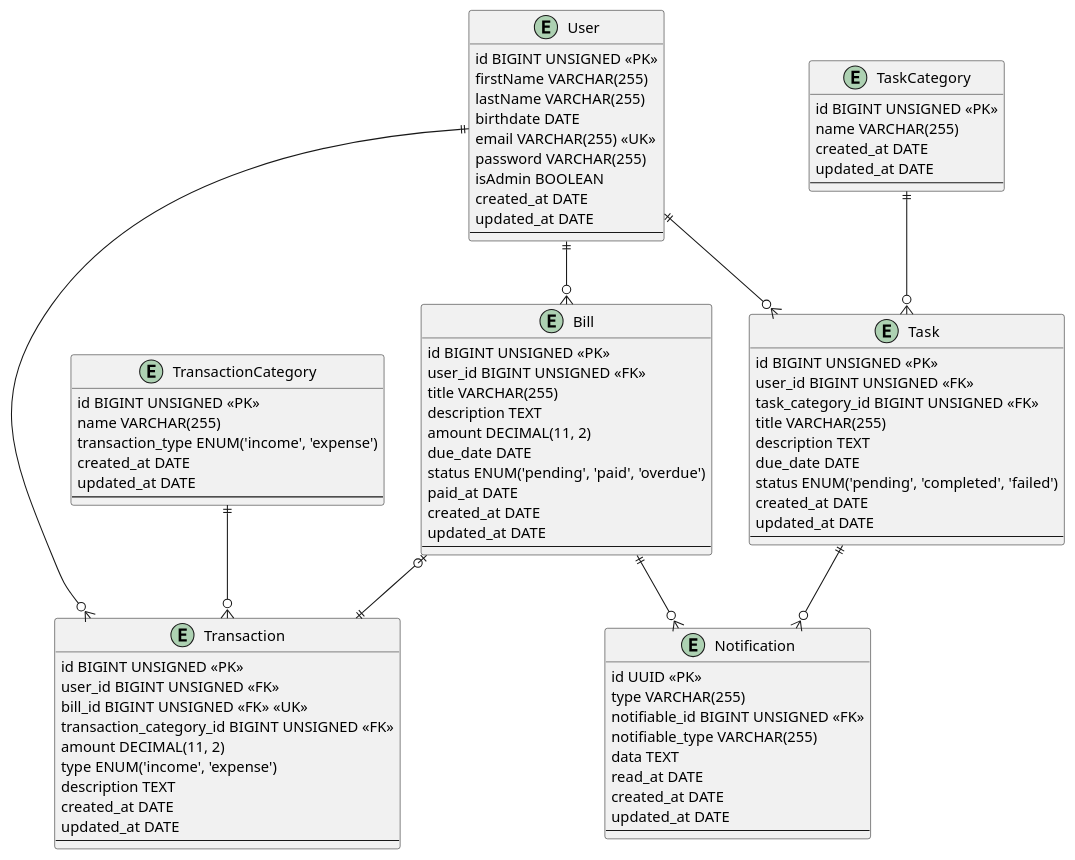
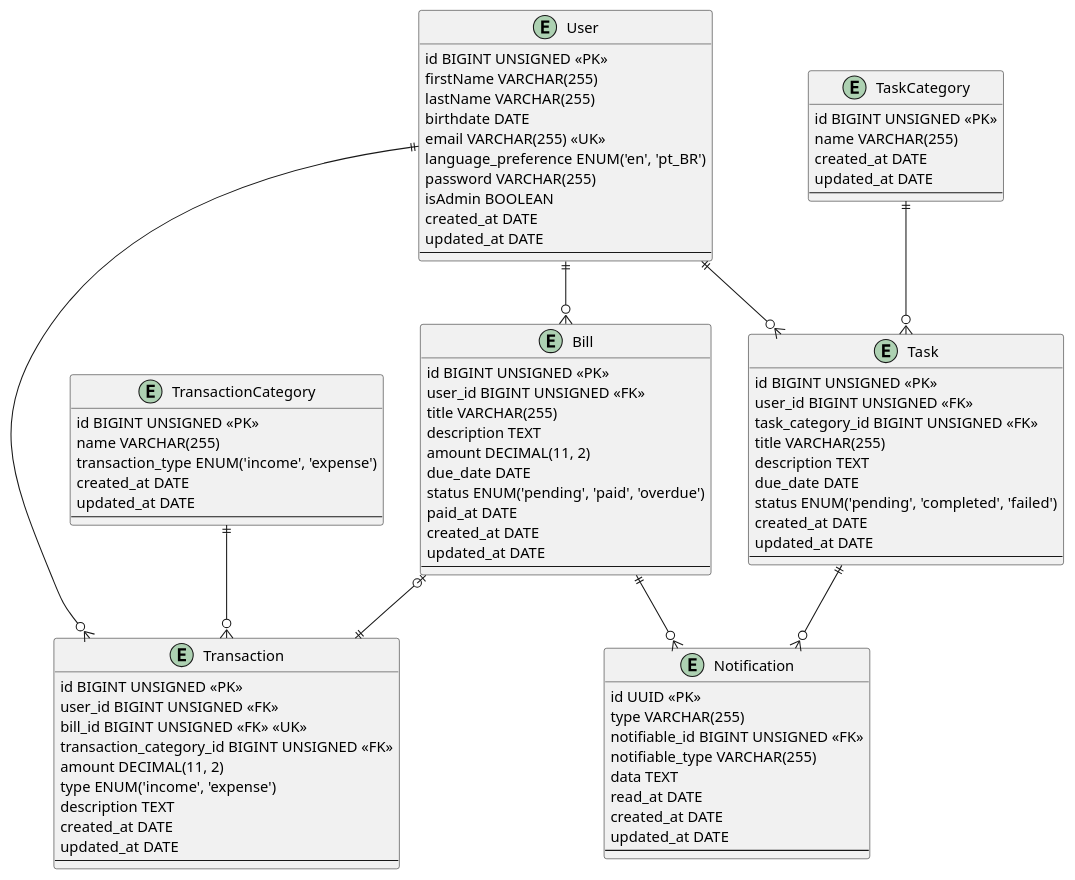
One commit to augusto-dmh/your-guardian changed the diagram in database/design/erd.plantuml. Above: the diagram before and after it, drawn with PlantUML. The commit also changed 5 other files, not shown here.

First line of the commit message:
feat: add column language_preference to users

```diff
--- a/database/design/erd.plantuml
+++ b/database/design/erd.plantuml
@@ -1,95 +1,96 @@
 @startuml erd
 
 entity User {
     id BIGINT UNSIGNED <<PK>>
     firstName VARCHAR(255)
     lastName VARCHAR(255)
     birthdate DATE
     email VARCHAR(255) <<UK>>
+    language_preference ENUM('en', 'pt_BR')
     password VARCHAR(255)
     isAdmin BOOLEAN
     created_at DATE
     updated_at DATE
     --
 }
 
 entity Transaction {
     id BIGINT UNSIGNED <<PK>>
     user_id BIGINT UNSIGNED <<FK>>
     bill_id BIGINT UNSIGNED <<FK>> <<UK>>
     transaction_category_id BIGINT UNSIGNED <<FK>>
     amount DECIMAL(11, 2)
     type ENUM('income', 'expense')
     description TEXT
     created_at DATE
     updated_at DATE
     --
 }
 
 entity Bill {
     id BIGINT UNSIGNED <<PK>>
     user_id BIGINT UNSIGNED <<FK>>
     title VARCHAR(255)
     description TEXT
     amount DECIMAL(11, 2)
     due_date DATE
     status ENUM('pending', 'paid', 'overdue')
     paid_at DATE
     created_at DATE
     updated_at DATE
     --
 }
 
 entity Notification {
     id UUID <<PK>>
     type VARCHAR(255)
     notifiable_id BIGINT UNSIGNED <<FK>>
     notifiable_type VARCHAR(255)
     data TEXT
     read_at DATE
     created_at DATE
     updated_at DATE
     --
 }
 
 entity Task {
     id BIGINT UNSIGNED <<PK>>
     user_id BIGINT UNSIGNED <<FK>>
     task_category_id BIGINT UNSIGNED <<FK>>
     title VARCHAR(255)
     description TEXT
     due_date DATE
     status ENUM('pending', 'completed', 'failed')
     created_at DATE
     updated_at DATE
     --
 }
 
 entity TransactionCategory {
     id BIGINT UNSIGNED <<PK>>
     name VARCHAR(255)
     transaction_type ENUM('income', 'expense')
     created_at DATE
     updated_at DATE
     --
 }
 
 entity TaskCategory {
     id BIGINT UNSIGNED <<PK>>
     name VARCHAR(255)
     created_at DATE
     updated_at DATE
     --
 }
 
 
 User ||--o{ Transaction
 User ||--o{ Bill
 Bill ||--o{ Notification
 Task ||--o{ Notification
 User ||--o{ Task
 TaskCategory ||--o{ Task
 TransactionCategory ||--o{ Transaction
 Bill |o--|| Transaction
 
 @enduml
```
